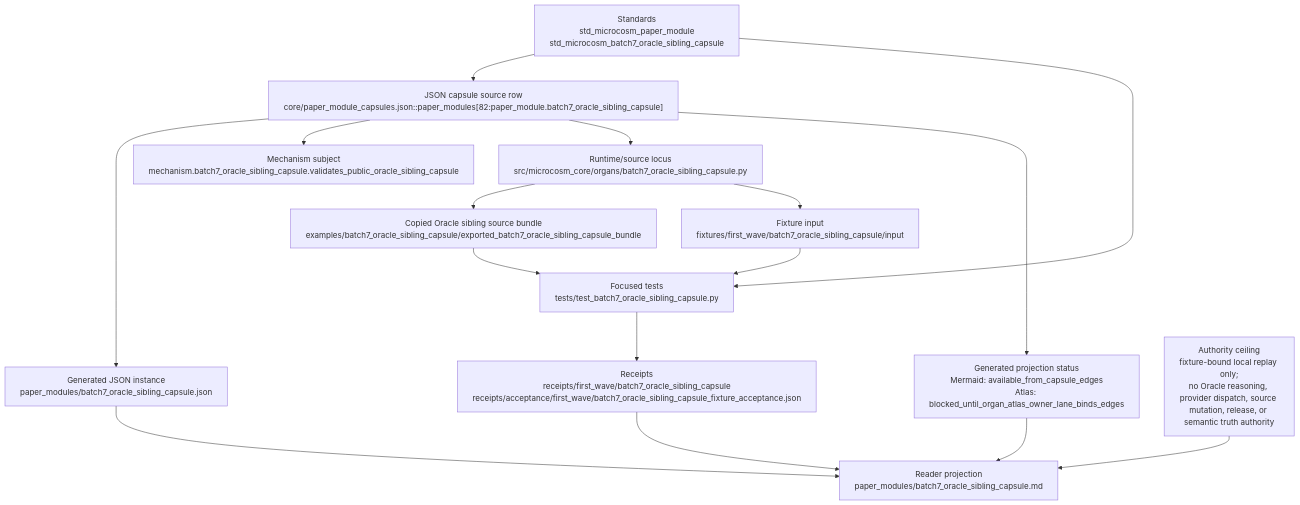
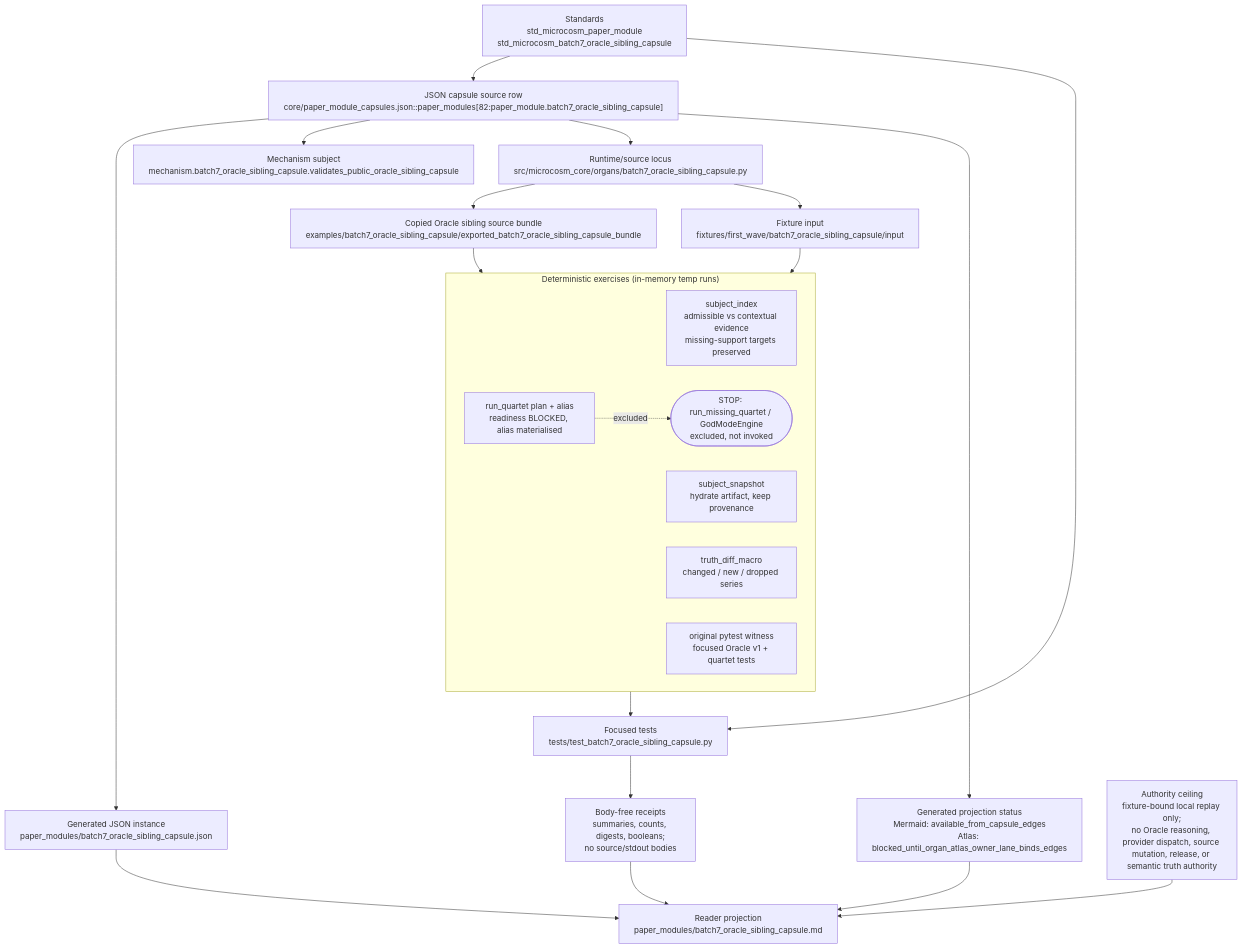
Before and after one commit to wcook04/plectis: the diagram in paper_modules/batch7_oracle_sibling_capsule.md, drawn with Mermaid. The commit also changed other lines of this file and 90 other files, not shown here.

First line of the commit message:
microcosm: enrich public paper-module prose and Shape diagrams (91 modules)

````diff
--- a/paper_modules/batch7_oracle_sibling_capsule.md
+++ b/paper_modules/batch7_oracle_sibling_capsule.md
@@ -9,31 +13,43 @@
 ```mermaid
 flowchart TD
-  capsule["JSON capsule source row\ncore/paper_module_capsules.json::paper_modules[82:paper_module.batch7_oracle_sibling_capsule]"]
-  instance["Generated JSON instance\npaper_modules/batch7_oracle_sibling_capsule.json"]
-  md["Reader projection\npaper_modules/batch7_oracle_sibling_capsule.md"]
-  standard["Standards\nstd_microcosm_paper_module\nstd_microcosm_batch7_oracle_sibling_capsule"]
-  mechanism["Mechanism subject\nmechanism.batch7_oracle_sibling_capsule.validates_public_oracle_sibling_capsule"]
-  runtime["Runtime/source locus\nsrc/microcosm_core/organs/batch7_oracle_sibling_capsule.py"]
-  copied["Copied Oracle sibling source bundle\nexamples/batch7_oracle_sibling_capsule/exported_batch7_oracle_sibling_capsule_bundle"]
-  fixture["Fixture input\nfixtures/first_wave/batch7_oracle_sibling_capsule/input"]
-  tests["Focused tests\ntests/test_batch7_oracle_sibling_capsule.py"]
-  receipts["Receipts\nreceipts/first_wave/batch7_oracle_sibling_capsule\nreceipts/acceptance/first_wave/batch7_oracle_sibling_capsule_fixture_acceptance.json"]
-  projections["Generated projection status\nMermaid: available_from_capsule_edges\nAtlas: blocked_until_organ_atlas_owner_lane_binds_edges"]
-  ceiling["Authority ceiling\nfixture-bound local replay only;\nno Oracle reasoning, provider dispatch, source mutation, release, or semantic truth authority"]
+  capsule["JSON capsule source row<br/>core/paper_module_capsules.json::paper_modules[82:paper_module.batch7_oracle_sibling_capsule]"]
+  instance["Generated JSON instance<br/>paper_modules/batch7_oracle_sibling_capsule.json"]
+  md["Reader projection<br/>paper_modules/batch7_oracle_sibling_capsule.md"]
+  standard["Standards<br/>std_microcosm_paper_module<br/>std_microcosm_batch7_oracle_sibling_capsule"]
+  mechanism["Mechanism subject<br/>mechanism.batch7_oracle_sibling_capsule.validates_public_oracle_sibling_capsule"]
+  runtime["Runtime/source locus<br/>src/microcosm_core/organs/batch7_oracle_sibling_capsule.py"]
+  copied["Copied Oracle sibling source bundle<br/>examples/batch7_oracle_sibling_capsule/exported_batch7_oracle_sibling_capsule_bundle"]
+  fixture["Fixture input<br/>fixtures/first_wave/batch7_oracle_sibling_capsule/input"]
+
+  subgraph Exercise["Deterministic exercises (in-memory temp runs)"]
+    subjectIndex["subject_index<br/>admissible vs contextual evidence<br/>missing-support targets preserved"]
+    snapshot["subject_snapshot<br/>hydrate artifact, keep provenance"]
+    truthDiff["truth_diff_macro<br/>changed / new / dropped series"]
+    quartet["run_quartet plan + alias<br/>readiness BLOCKED, alias materialised"]
+    stop(["STOP: run_missing_quartet / GodModeEngine<br/>excluded, not invoked"])
+    pytest["original pytest witness<br/>focused Oracle v1 + quartet tests"]
+    quartet -.excluded.-> stop
+  end
+
+  tests["Focused tests<br/>tests/test_batch7_oracle_sibling_capsule.py"]
+  receipts["Body-free receipts<br/>summaries, counts, digests, booleans;<br/>no source/stdout bodies"]
+  projections["Generated projection status<br/>Mermaid: available_from_capsule_edges<br/>Atlas: blocked_until_organ_atlas_owner_lane_binds_edges"]
+  ceiling["Authority ceiling<br/>fixture-bound local replay only;<br/>no Oracle reasoning, provider dispatch, source mutation, release, or semantic truth authority"]
 
   capsule --> instance
   capsule --> mechanism
   capsule --> runtime
   capsule --> projections
   instance --> md
   standard --> capsule
   standard --> tests
   runtime --> copied
   runtime --> fixture
-  copied --> tests
-  fixture --> tests
+  copied --> Exercise
+  fixture --> Exercise
+  Exercise --> tests
   tests --> receipts
   receipts --> md
   projections --> md
   ceiling --> md
 ```
````
